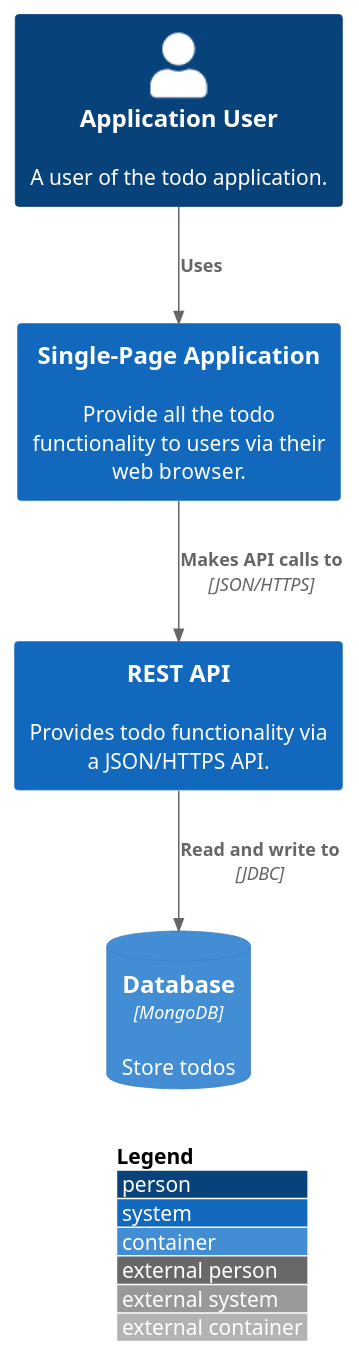
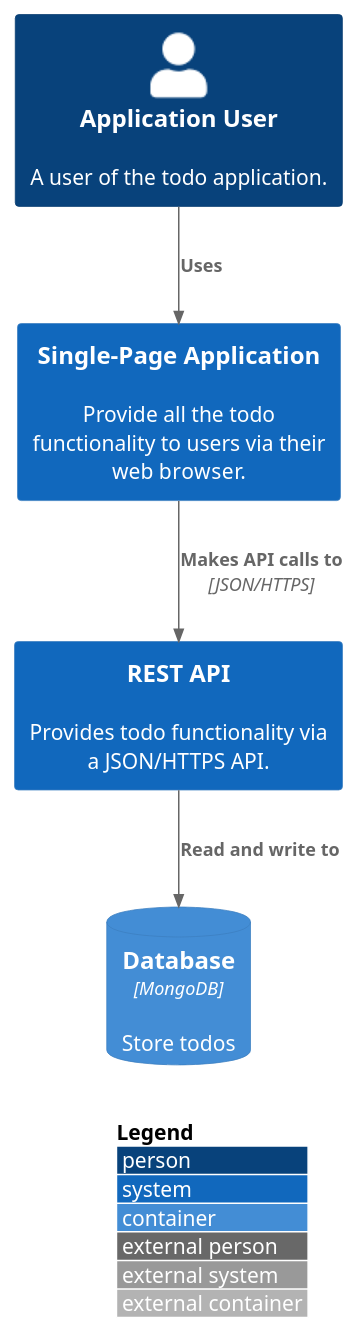
The diagram in documentation/static/puml/api-level-2.puml (equinor/template-fastapi-react), drawn with PlantUML before and after one commit. The commit also changed 65 other files, not shown here.

```diff
--- a/documentation/static/puml/api-level-2.puml
+++ b/documentation/static/puml/api-level-2.puml
@@ -1,16 +1,16 @@
 @startuml
 
 !include https://raw.githubusercontent.com/plantuml-stdlib/C4-PlantUML/master/C4_Context.puml
 !include https://raw.githubusercontent.com/plantuml-stdlib/C4-PlantUML/master/C4_Container.puml
 
 LAYOUT_WITH_LEGEND()
 
 Person(application_users, "Application User", "A user of the todo application.")
 System(web_application, "Single-Page Application", "Provide all the todo functionality to users via their web browser. ")
 System(rest_api, "REST API", "Provides todo functionality via a JSON/HTTPS API.")
 Rel(application_users, web_application, "Uses")
 Rel(web_application, rest_api, "Makes API calls to", "JSON/HTTPS")
 ContainerDb(database, "Database", "MongoDB", "Store todos")
-Rel(rest_api, database, "Read and write to", "JDBC")
+Rel(rest_api, database, "Read and write to", "")
 
 @enduml
```
